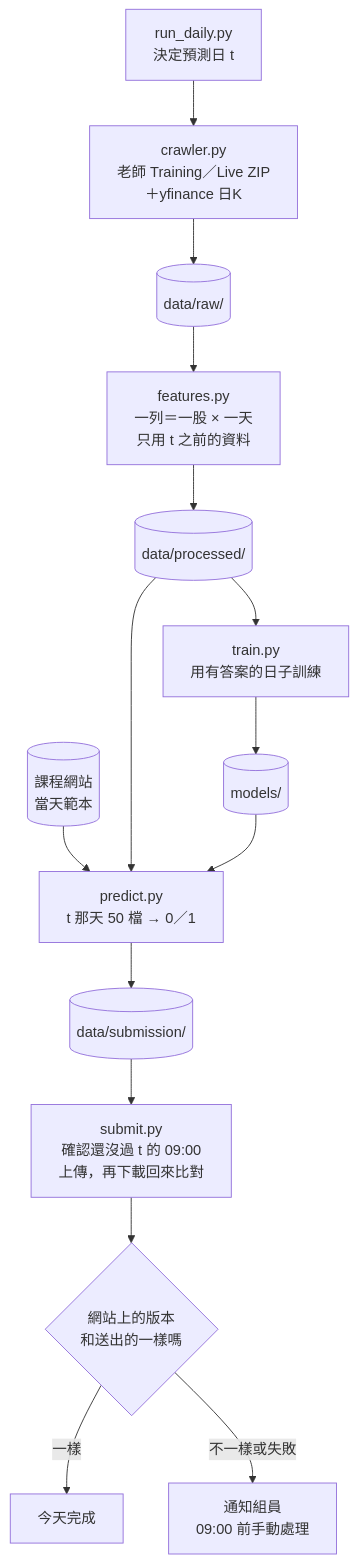
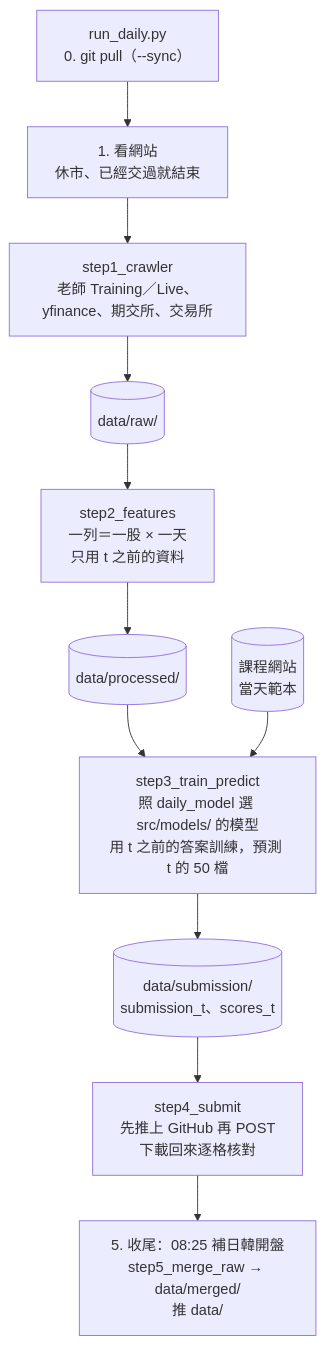
Before and after one commit to jiangjiangian/ml-final-2026-fall: the diagram in memory/context/pipeline.md, drawn with Mermaid. The commit also changed other lines of this file and 53 other files, not shown here.

````diff
--- a/memory/context/pipeline.md
+++ b/memory/context/pipeline.md
@@ -5,17 +7,13 @@
 ```mermaid
 flowchart TD
-  A["run_daily.py<br/>決定預測日 t"] --> B["crawler.py<br/>老師 Training／Live ZIP<br/>＋yfinance 日K"]
+  Z["run_daily.py<br/>0. git pull（--sync）"] --> A["1. 看網站<br/>休市、已經交過就結束"]
+  A --> B["step1_crawler<br/>老師 Training／Live、yfinance、期交所、交易所"]
   B --> R[("data/raw/")]
-  R --> C["features.py<br/>一列＝一股 × 一天<br/>只用 t 之前的資料"]
+  R --> C["step2_features<br/>一列＝一股 × 一天<br/>只用 t 之前的資料"]
   C --> P[("data/processed/")]
-  P --> D["train.py<br/>用有答案的日子訓練"]
-  D --> M[("models/")]
-  T[("課程網站<br/>當天範本")] --> E
-  P --> E["predict.py<br/>t 那天 50 檔 → 0／1"]
-  M --> E
-  E --> S[("data/submission/")]
-  S --> F["submit.py<br/>確認還沒過 t 的 09:00<br/>上傳，再下載回來比對"]
-  F --> G{"網站上的版本<br/>和送出的一樣嗎"}
-  G -- "一樣" --> OK["今天完成"]
-  G -- "不一樣或失敗" --> H["通知組員<br/>09:00 前手動處理"]
+  P --> D["step3_train_predict<br/>照 daily_model 選 src/models/ 的模型<br/>用 t 之前的答案訓練，預測 t 的 50 檔"]
+  D --> S[("data/submission/<br/>submission_t、scores_t")]
+  T[("課程網站<br/>當天範本")] --> D
+  S --> F["step4_submit<br/>先推上 GitHub 再 POST<br/>下載回來逐格核對"]
+  F --> G["5. 收尾：08:25 補日韓開盤<br/>step5_merge_raw → data/merged/<br/>推 data/"]
 ```
````
